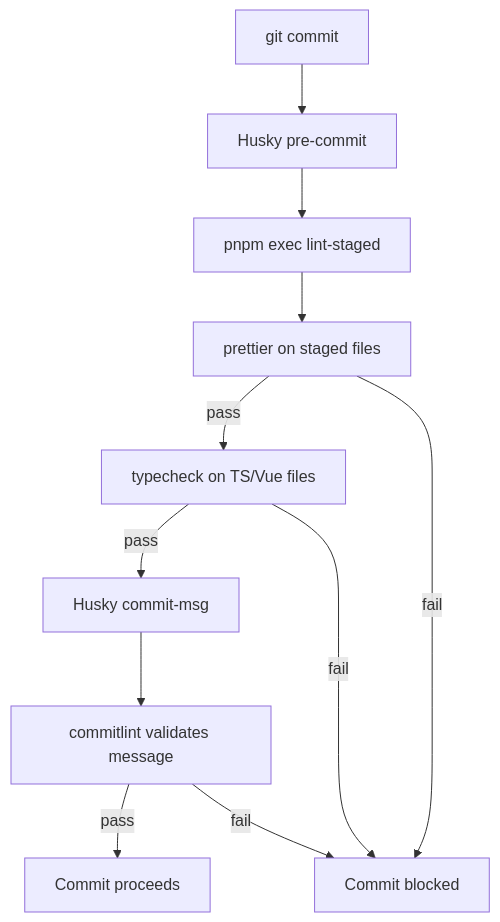
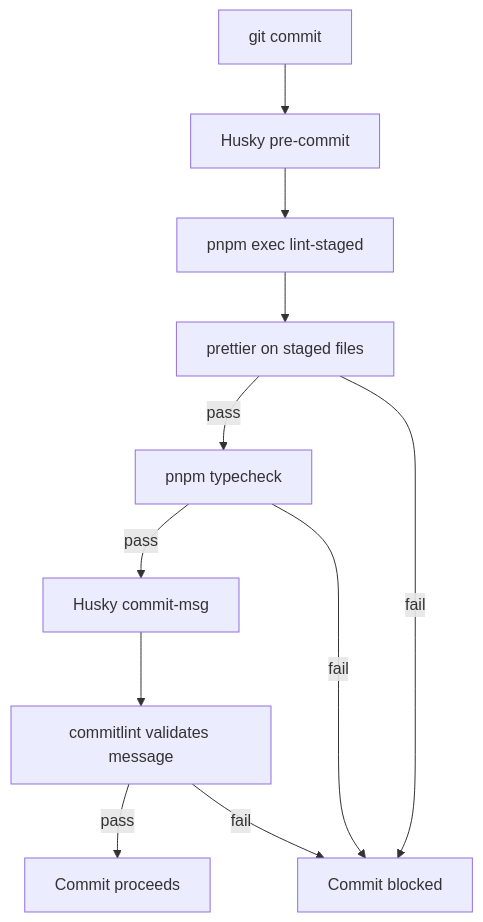
One commit to stevehsudrawing/stevehsudrawing.github.io changed the diagram in .github/instructions/1-tech-stack/5-git-hooks.instructions.md. Above: the diagram before and after it, drawn with Mermaid. The commit also changed other lines of this file and 2 other files, not shown here.

````diff
--- a/.github/instructions/1-tech-stack/5-git-hooks.instructions.md
+++ b/.github/instructions/1-tech-stack/5-git-hooks.instructions.md
@@ -60,13 +64,13 @@
 ```mermaid
 flowchart TD
   A[git commit] --> B[Husky pre-commit]
   B --> C[pnpm exec lint-staged]
   C --> D[prettier on staged files]
-  D --> |pass| E[typecheck on TS/Vue files]
+  D --> |pass| E[pnpm typecheck]
   D --> |fail| X[Commit blocked]
   E --> |pass| F[Husky commit-msg]
   E --> |fail| X
   F --> G[commitlint validates message]
   G --> |pass| H[Commit proceeds]
   G --> |fail| X
 ```
````
